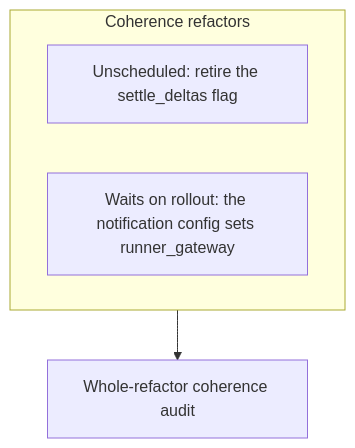
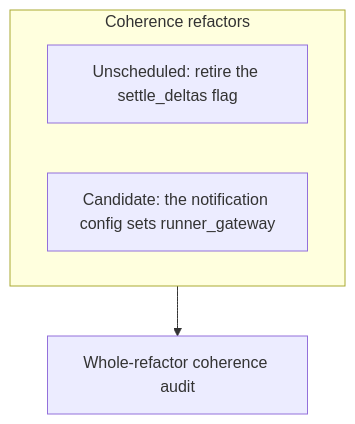
One commit to agentydragon-agent/ducktape changed diagram 14 of 15 in agentplane/plans/task_dag.md. Above: the diagram before and after it, drawn with Mermaid. The commit also changed other lines of this file, not shown here.

````diff
--- a/agentplane/plans/task_dag.md
+++ b/agentplane/plans/task_dag.md
@@ -1089,8 +1090,8 @@
 ```mermaid
 flowchart TD
     subgraph COHERENCE_REFACTORS[Coherence refactors]
         SETTLE_DELTAS_ALWAYS_ON[Unscheduled: retire the settle_deltas flag]
-        NOTIFICATION_GATEWAY_SETTINGS[Waits on rollout: the notification config sets runner_gateway]
+        NOTIFICATION_GATEWAY_SETTINGS[Candidate: the notification config sets runner_gateway]
     end
     COHERENCE_REFACTORS --> REFACTOR_COHERENCE_AUDIT[Whole-refactor coherence audit]
 ```
````
